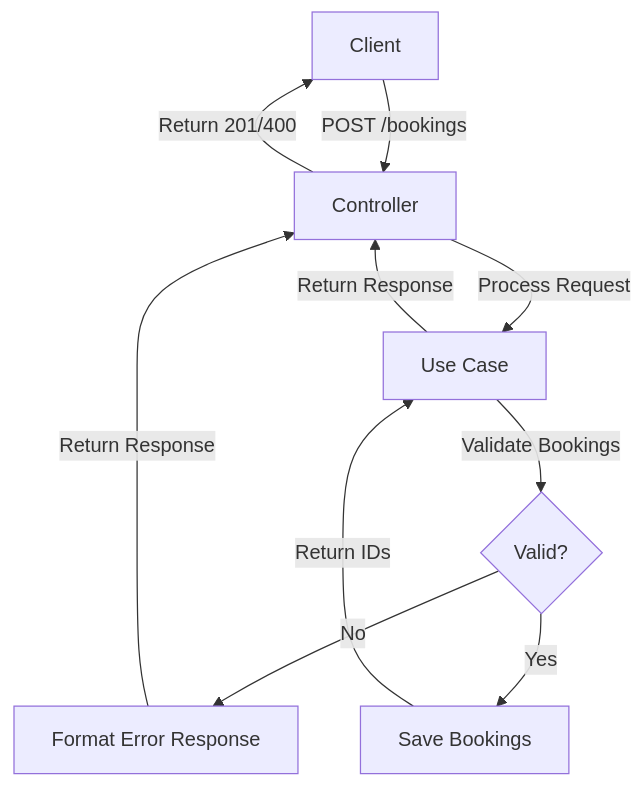
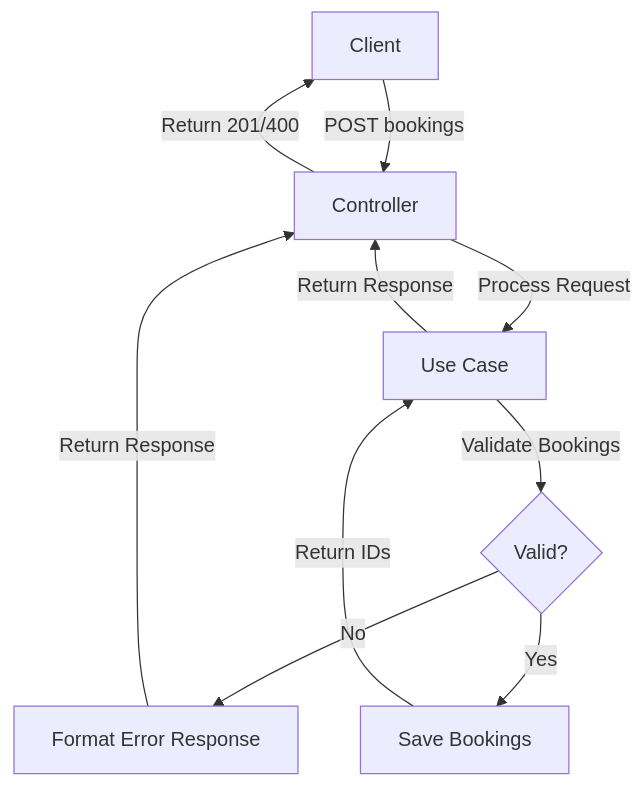
The third of 3 diagrams in README.md (laurazapa/thn), drawn with Mermaid before and after one commit. The commit also changed other lines of this file, not shown here.

````diff
--- a/README.md
+++ b/README.md
@@ -131,12 +131,12 @@
 ```mermaid
 flowchart TD
-    A[Client] -->|POST /bookings| B[Controller]
+    A[Client] -->|POST bookings| B[Controller]
     B -->|Process Request| C[Use Case]
     C -->|Validate Bookings| D{Valid?}
     D -->|No| E[Format Error Response]
     D -->|Yes| F[Save Bookings]
     F -->|Return IDs| C
     E -->|Return Response| B
     C -->|Return Response| B
     B -->|Return 201/400| A
 ```
````
